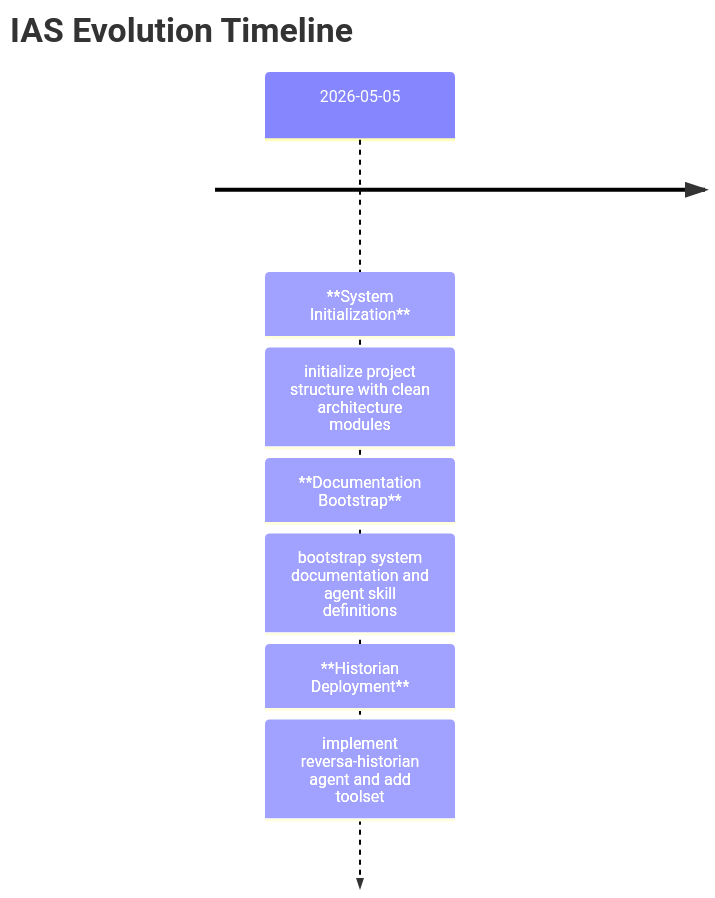
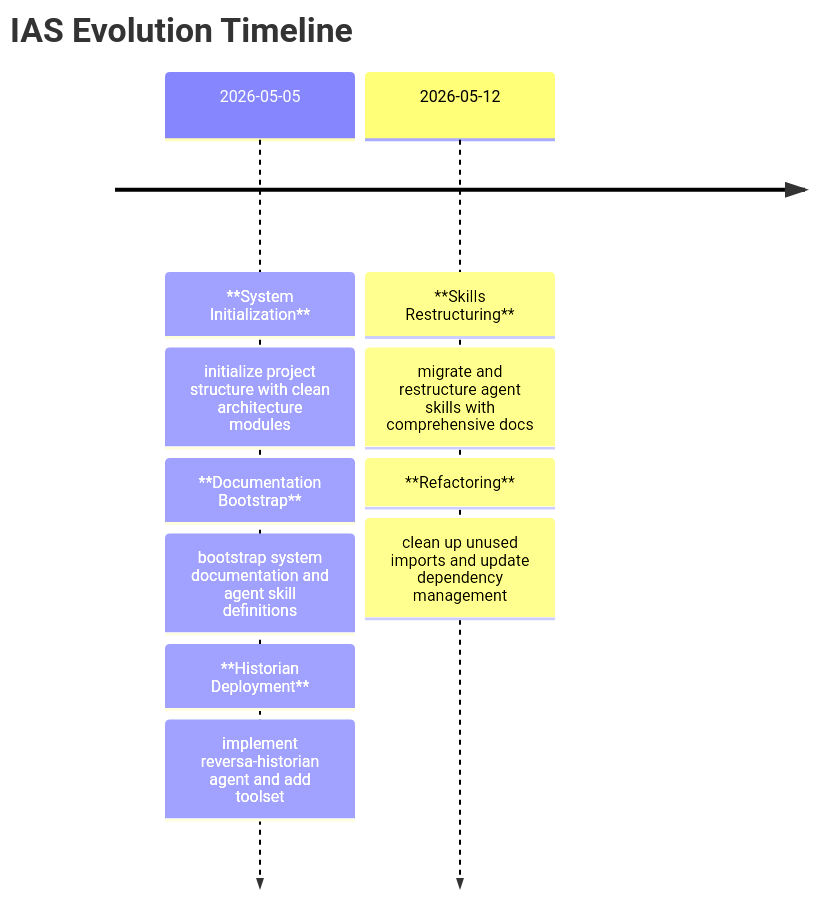
Before and after one commit to faustostangler/IAS: the diagram in sdd/git_archaeology.md, drawn with Mermaid. The commit also changed other lines of this file and 51 other files, not shown here.

````diff
--- a/sdd/git_archaeology.md
+++ b/sdd/git_archaeology.md
@@ -34,7 +34,9 @@
 ```mermaid
 timeline
     title IAS Evolution Timeline
     2026-05-05 : **System Initialization** : initialize project structure with clean architecture modules
                : **Documentation Bootstrap** : bootstrap system documentation and agent skill definitions
                : **Historian Deployment** : implement reversa-historian agent and add toolset
+    2026-05-12 : **Skills Restructuring** : migrate and restructure agent skills with comprehensive docs
+               : **Refactoring** : clean up unused imports and update dependency management
 ```
````
